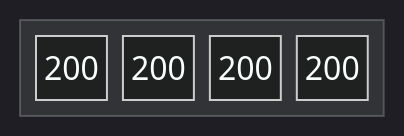
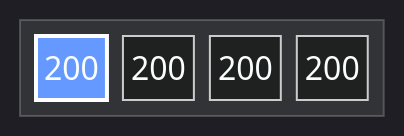
Before and after one commit to VanshDeshwal/notes: diagram 12 of 15 in Data Science Notes/100 days of ML/Machine Learning Notes.md, drawn with Mermaid. The commit also changed other lines of this file, not shown here.

````diff
--- a/Data Science Notes/100 days of ML/Machine Learning Notes.md
+++ b/Data Science Notes/100 days of ML/Machine Learning Notes.md
@@ -1895,11 +1895,14 @@
 ```mermaid
 %%{init: {"theme":"dark"}}%%
 block-beta
 columns 1
   block:ID
     A["200"]
     B["200"]
     C["200"]
     D["200"]
   end
+
+style A fill:#6699ff,stroke:#ffffff,stroke-width:2px
+
 ```
````
